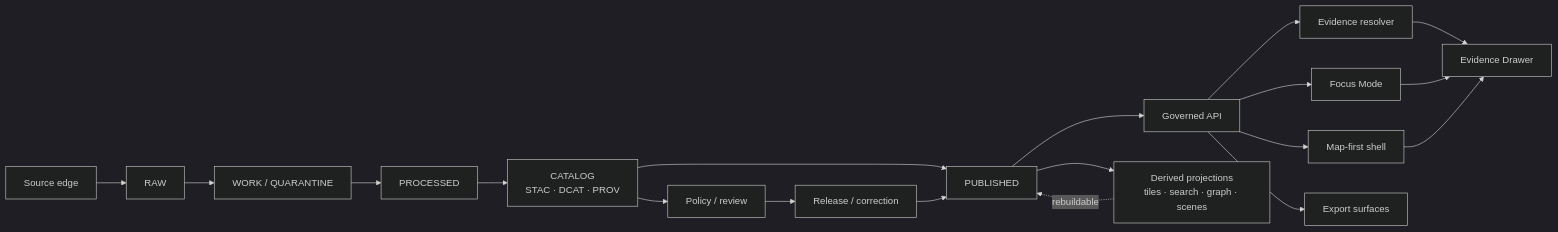
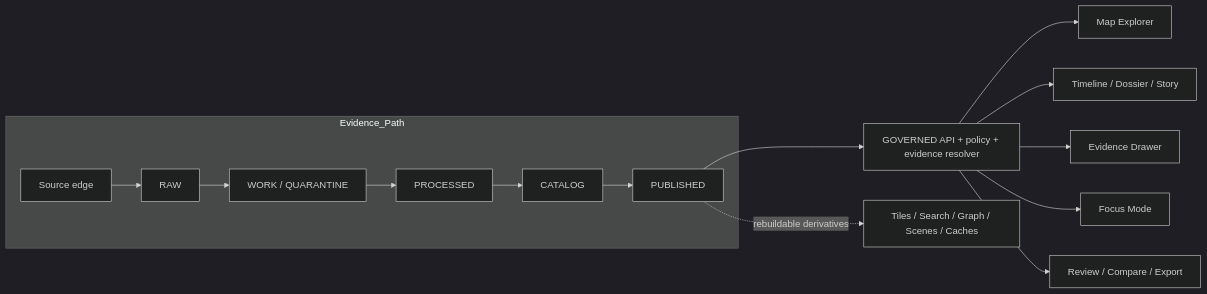
The diagram in README.md (bartytime4life/Kansas-Frontier-Matrix), drawn with Mermaid (dark theme) before and after one commit. The commit also changed other lines of this file, not shown here.

````diff
--- a/README.md
+++ b/README.md
@@ -257,25 +431,19 @@
 ```mermaid
 flowchart LR
-    A[Source edge] --> B[RAW]
-    B --> C[WORK / QUARANTINE]
-    C --> D[PROCESSED]
-    D --> E[CATALOG<br/>STAC · DCAT · PROV]
-    E --> F[PUBLISHED]
+    subgraph Evidence_Path
+      A[Source edge] --> B[RAW]
+      B --> C[WORK / QUARANTINE]
+      C --> D[PROCESSED]
+      D --> E[CATALOG]
+      E --> F[PUBLISHED]
+    end
 
-    E --> G[Policy / review]
-    G --> H[Release / correction]
-    H --> F
+    F --> G[GOVERNED API + policy + evidence resolver]
+    G --> H[Map Explorer]
+    G --> I[Timeline / Dossier / Story]
+    G --> J[Evidence Drawer]
+    G --> K[Focus Mode]
+    G --> L[Review / Compare / Export]
 
-    F --> I[Governed API]
-    I --> J[Evidence resolver]
-    I --> K[Map-first shell]
-    I --> L[Focus Mode]
-    I --> M[Export surfaces]
-
-    F --> N[Derived projections<br/>tiles · search · graph · scenes]
-    N -. rebuildable .-> F
-
-    J --> O[Evidence Drawer]
-    L --> O
-    K --> O
+    F -. rebuildable derivatives .-> M[Tiles / Search / Graph / Scenes / Caches]
 ```
````
